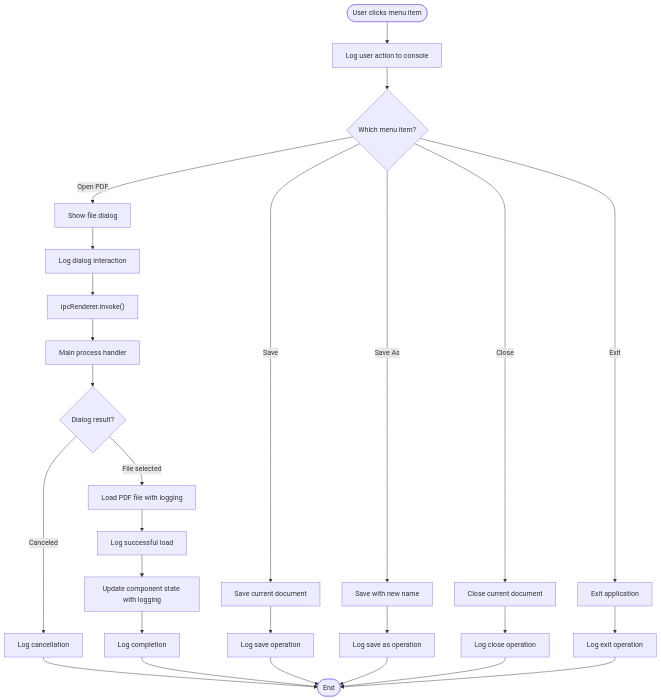
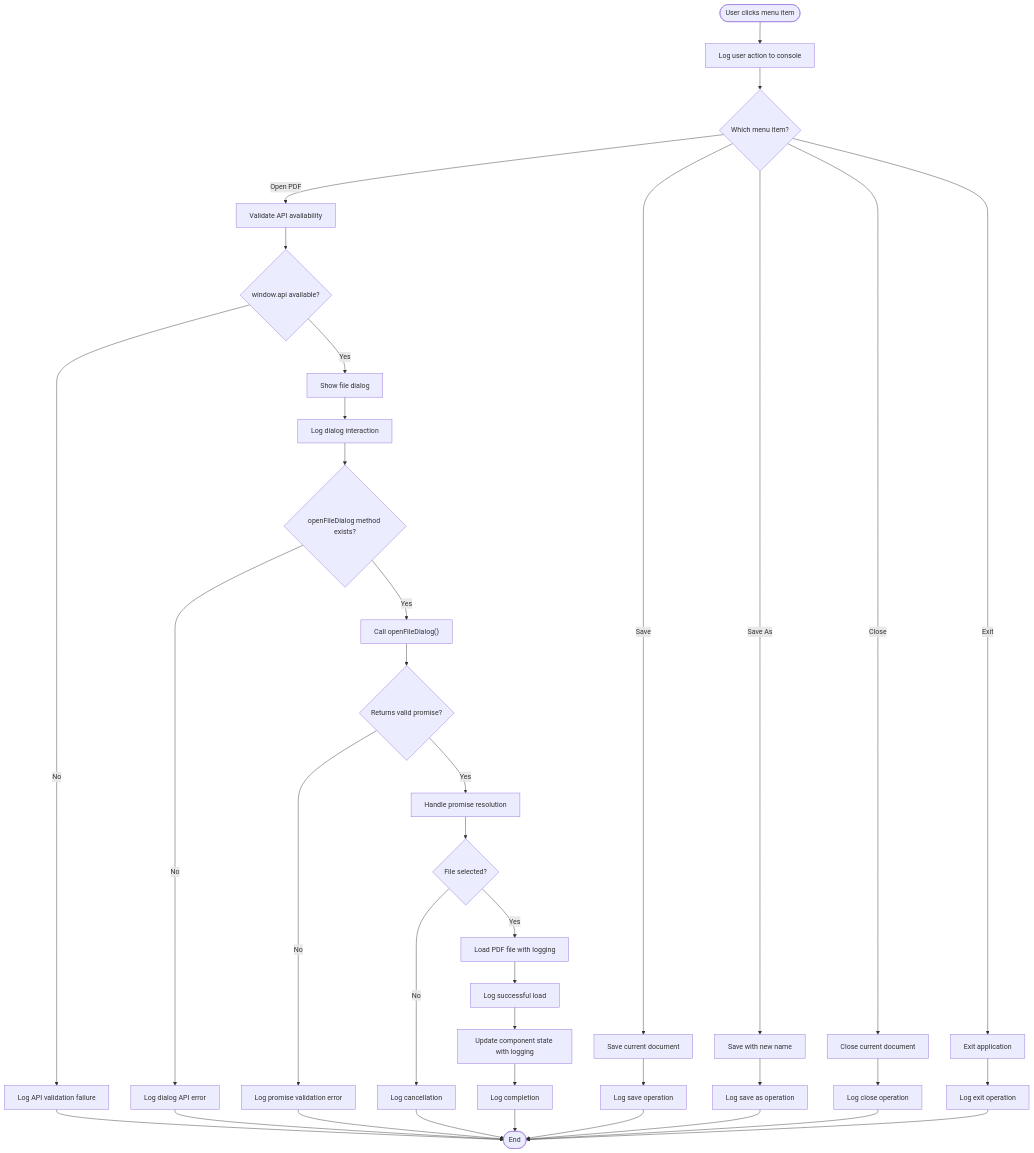
One commit to Chunde/SciPDFReader changed the fourth of 7 diagrams in .qoder/repowiki/en/content/Core Components/File Menu System.md. Above: the diagram before and after it, drawn with Mermaid. The commit also changed other lines of this file and 1 other file, not shown here.

Commit message:
Takes some notes for the lengthy debugging process

````diff
--- a/.qoder/repowiki/en/content/Core Components/File Menu System.md
+++ b/.qoder/repowiki/en/content/Core Components/File Menu System.md
@@ -221,29 +264,39 @@
 ```mermaid
 flowchart TD
 Start([User clicks menu item]) --> LogAction["Log user action to console"]
 LogAction --> CheckItem{"Which menu item?"}
-CheckItem --> |Open PDF| OpenDialog["Show file dialog"]
+CheckItem --> |Open PDF| ValidateAPI["Validate API availability"]
+ValidateAPI --> CheckAPI{"window.api available?"}
+CheckAPI --> |No| LogError["Log API validation failure"]
+LogError --> End([End])
+CheckAPI --> |Yes| OpenDialog["Show file dialog"]
 CheckItem --> |Save| SaveFile["Save current document"]
 CheckItem --> |Save As| SaveAs["Save with new name"]
 CheckItem --> |Close| CloseDoc["Close current document"]
 CheckItem --> |Exit| ExitApp["Exit application"]
 OpenDialog --> LogDialog["Log dialog interaction"]
-LogDialog --> IPCInvoke["ipcRenderer.invoke()"]
-IPCInvoke --> MainHandler["Main process handler"]
-MainHandler --> DialogResult{"Dialog result?"}
-DialogResult --> |File selected| LoadPDF["Load PDF file with logging"]
-DialogResult --> |Canceled| LogCancel["Log cancellation"]
-LogCancel --> End([End])
+LogDialog --> CheckDialogAPI{"openFileDialog method exists?"}
+CheckDialogAPI --> |No| LogDialogError["Log dialog API error"]
+LogDialogError --> End
+CheckDialogAPI --> |Yes| CallDialog["Call openFileDialog()"]
+CallDialog --> CheckPromise{"Returns valid promise?"}
+CheckPromise --> |No| LogPromiseError["Log promise validation error"]
+LogPromiseError --> End
+CheckPromise --> |Yes| HandlePromise["Handle promise resolution"]
+HandlePromise --> DialogSuccess{"File selected?"}
+DialogSuccess --> |Yes| LoadPDF["Load PDF file with logging"]
+DialogSuccess --> |No| LogCancel["Log cancellation"]
+LogCancel --> End
 LoadPDF --> LogSuccess["Log successful load"]
 LogSuccess --> UpdateState["Update component state with logging"]
 UpdateState --> LogComplete["Log completion"]
 LogComplete --> End
 SaveFile --> LogSave["Log save operation"]
 LogSave --> End
 SaveAs --> LogSaveAs["Log save as operation"]
 LogSaveAs --> End
 CloseDoc --> LogClose["Log close operation"]
 LogClose --> End
 ExitApp --> LogExit["Log exit operation"]
 LogExit --> End
 ```
````
